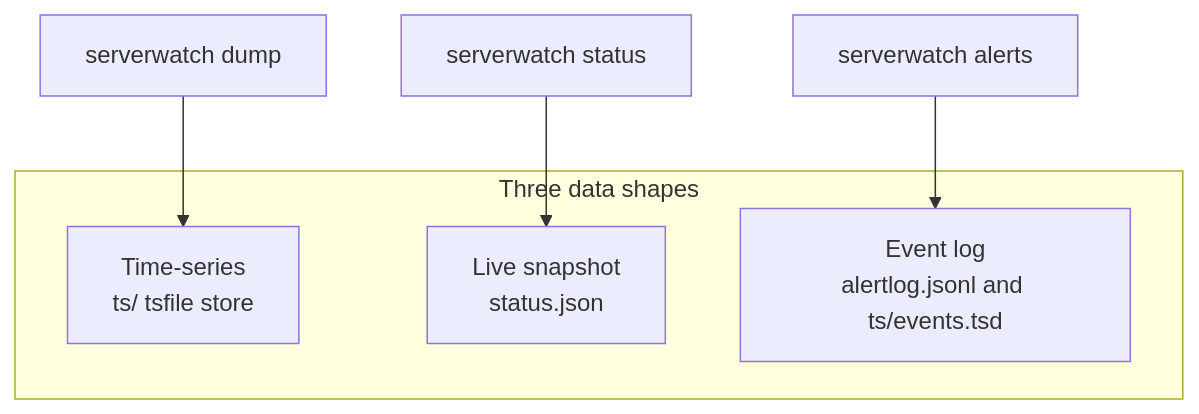
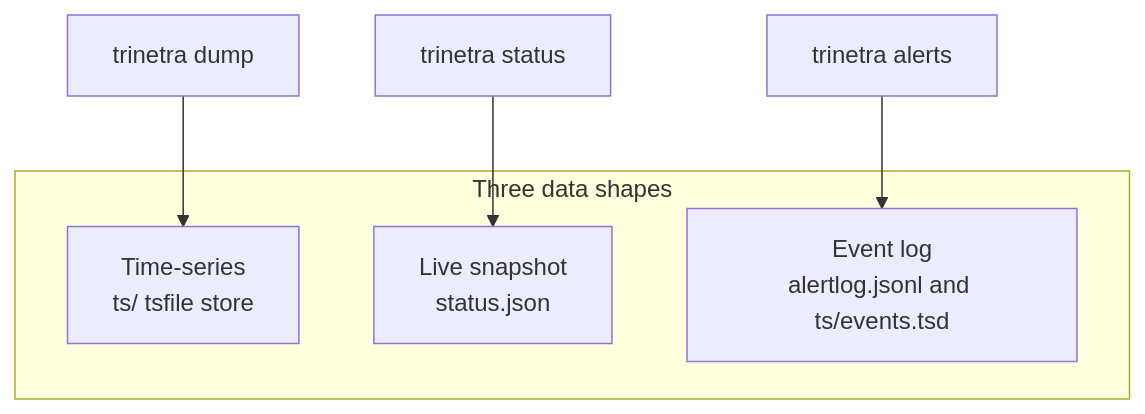
Before and after one commit to InfoDiveLabs/trinetra: the diagram in docs/handbook/09-storage-and-data-model.md, drawn with Mermaid. The commit also changed other lines of this file and 20 other files, not shown here.

````diff
--- a/docs/handbook/09-storage-and-data-model.md
+++ b/docs/handbook/09-storage-and-data-model.md
@@ -32,11 +32,11 @@
 ```mermaid
 graph TD
   subgraph shapes[Three data shapes]
     ts[Time-series<br/>ts/ tsfile store]
     snap[Live snapshot<br/>status.json]
     ev[Event log<br/>alertlog.jsonl and ts/events.tsd]
   end
-  dump[serverwatch dump] --> ts
-  status[serverwatch status] --> snap
-  alerts[serverwatch alerts] --> ev
+  dump[trinetra dump] --> ts
+  status[trinetra status] --> snap
+  alerts[trinetra alerts] --> ev
 ```
````
